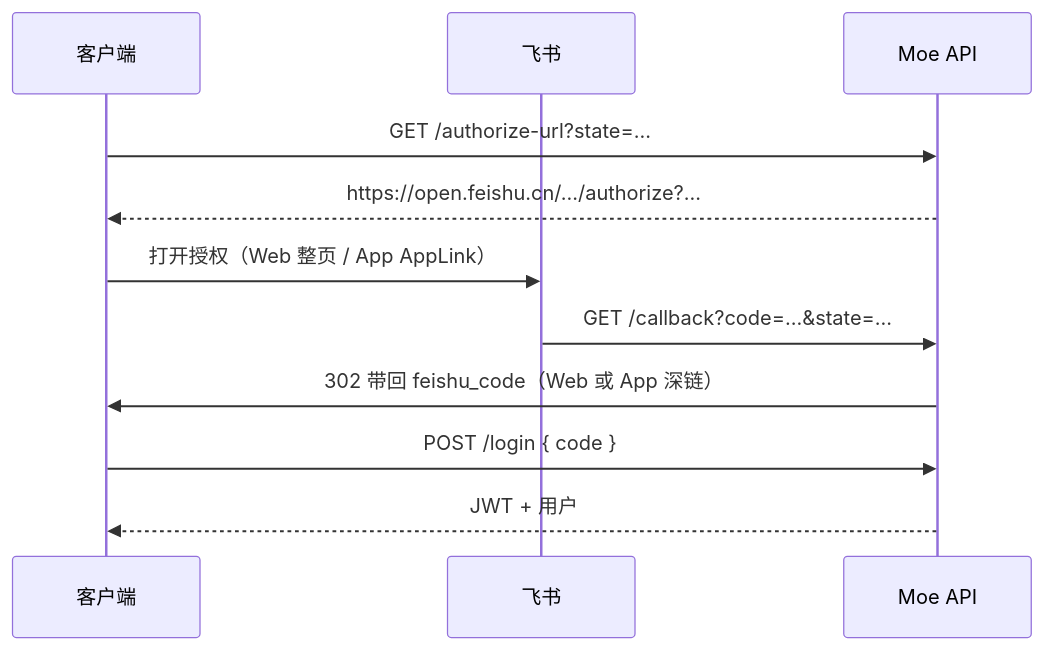
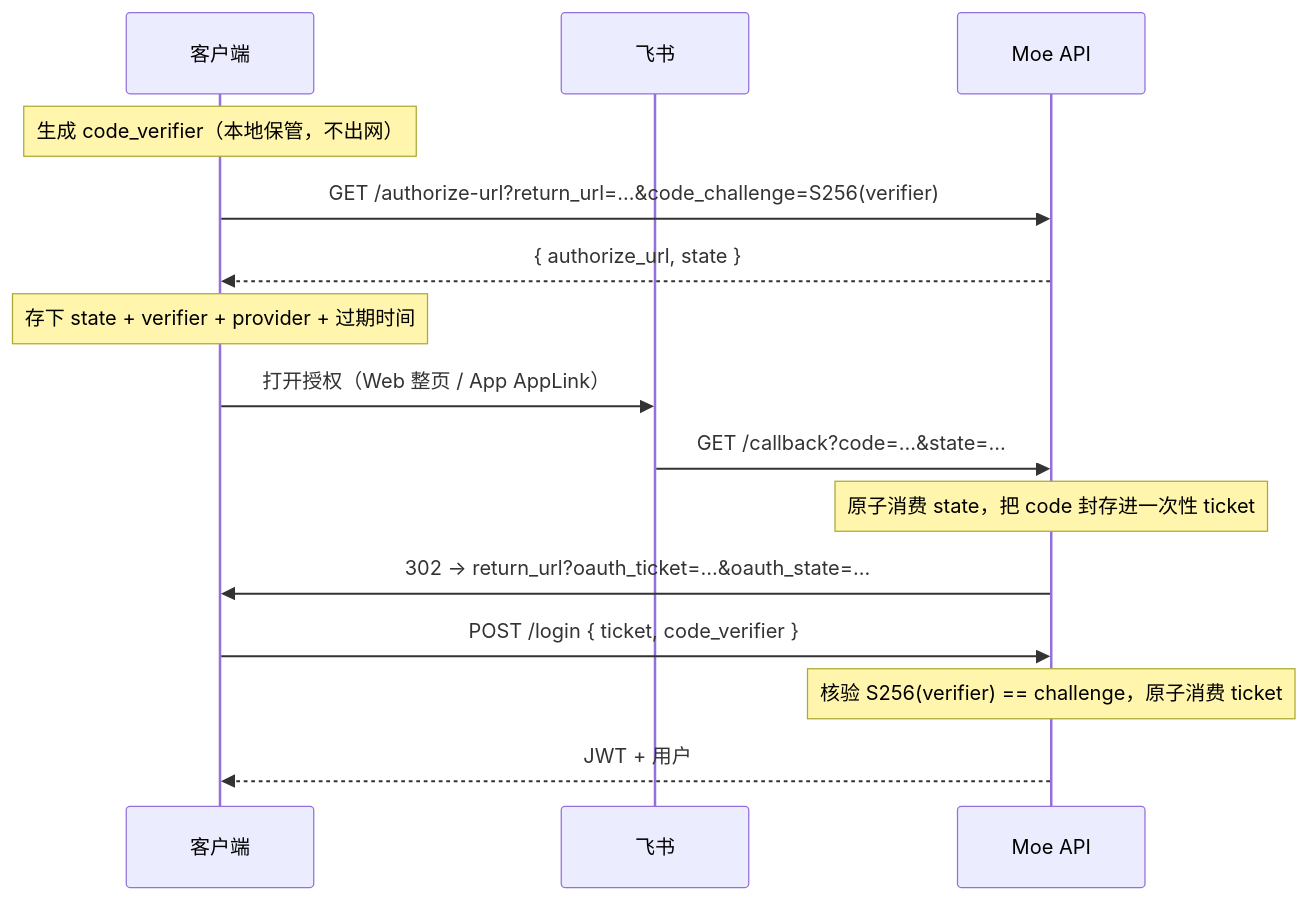
Before and after one commit to xuxinzhi007/moe_social: the diagram in docs/dev/飞书通知与绑定.md, drawn with Mermaid. The commit also changed other lines of this file and 278 other files, not shown here.

````diff
--- a/docs/dev/飞书通知与绑定.md
+++ b/docs/dev/飞书通知与绑定.md
@@ -81,14 +99,18 @@
 ```mermaid
 sequenceDiagram
   participant Client as 客户端
   participant Feishu as 飞书
   participant API as Moe API
 
-  Client->>API: GET /authorize-url?state=...
-  API-->>Client: https://open.feishu.cn/.../authorize?...
+  Note over Client: 生成 code_verifier（本地保管，不出网）
+  Client->>API: GET /authorize-url?return_url=...&code_challenge=S256(verifier)
+  API-->>Client: { authorize_url, state }
+  Note over Client: 存下 state + verifier + provider + 过期时间
   Client->>Feishu: 打开授权（Web 整页 / App AppLink）
   Feishu->>API: GET /callback?code=...&state=...
-  API->>Client: 302 带回 feishu_code（Web 或 App 深链）
-  Client->>API: POST /login { code }
+  Note over API: 原子消费 state，把 code 封存进一次性 ticket
+  API->>Client: 302 → return_url?oauth_ticket=...&oauth_state=...
+  Client->>API: POST /login { ticket, code_verifier }
+  Note over API: 核验 S256(verifier) == challenge，原子消费 ticket
   API-->>Client: JWT + 用户
 ```
````
